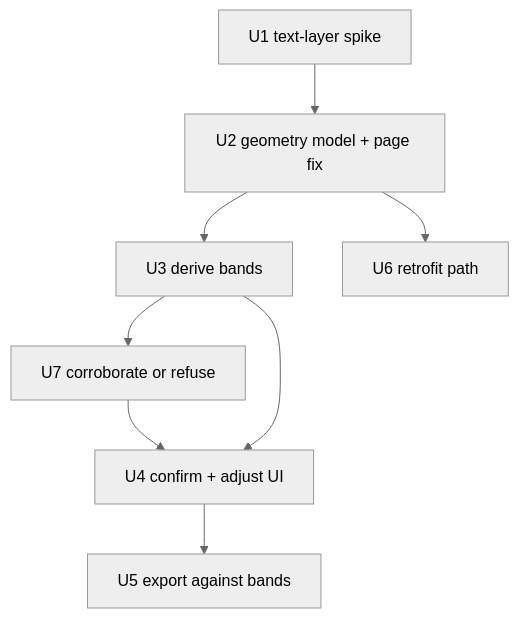
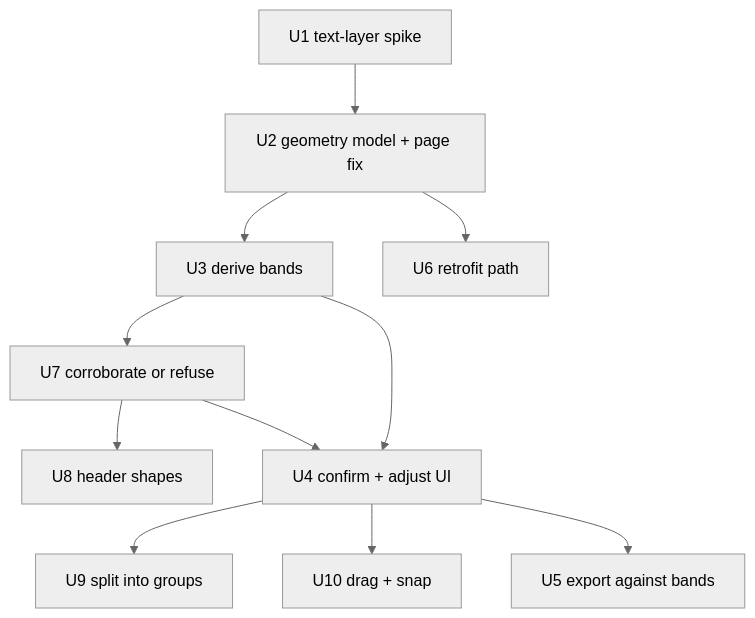
Before and after one commit to AWyborn2/SPROUTFormsAi: the diagram in docs/plans/2026-07-22-001-feat-faithful-pdf-round-trip-plan.md, drawn with Mermaid (neutral theme). The commit also changed other lines of this file and 10 other files, not shown here.

````diff
--- a/docs/plans/2026-07-22-001-feat-faithful-pdf-round-trip-plan.md
+++ b/docs/plans/2026-07-22-001-feat-faithful-pdf-round-trip-plan.md
@@ -160,10 +163,13 @@
 ```mermaid
 flowchart TB
   U1["U1 text-layer spike"] --> U2["U2 geometry model + page fix"]
   U2 --> U3["U3 derive bands"]
   U3 --> U7["U7 corroborate or refuse"]
+  U7 --> U8["U8 header shapes"]
+  U4 --> U9["U9 split into groups"]
+  U4 --> U10["U10 drag + snap"]
   U7 --> U4
   U2 --> U6["U6 retrofit path"]
   U3 --> U4["U4 confirm + adjust UI"]
   U4 --> U5["U5 export against bands"]
 ```
````
